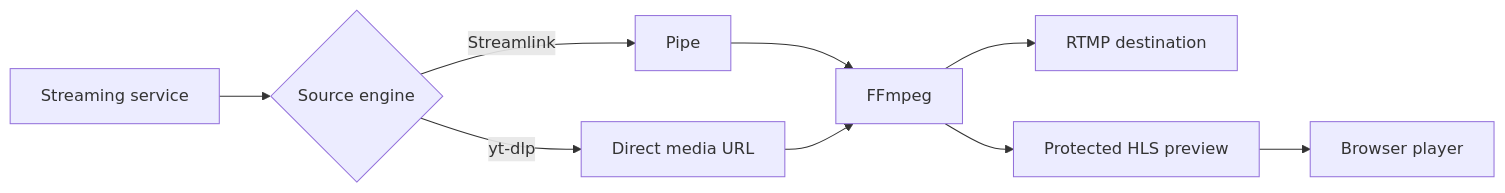
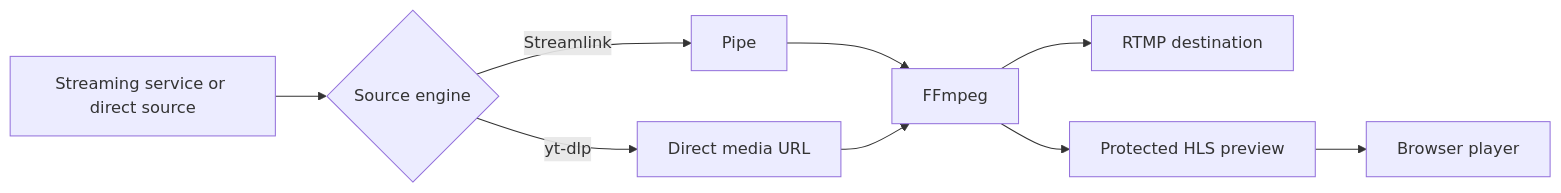
One commit to lazaryants/cricket-stream changed the diagram in README.md. Above: the diagram before and after it, drawn with Mermaid. The commit also changed other lines of this file and 5 other files, not shown here.

````diff
--- a/README.md
+++ b/README.md
@@ -31,11 +36,11 @@
 ```mermaid
 flowchart LR
-    A[Streaming service] --> B{Source engine}
+    A[Streaming service or direct source] --> B{Source engine}
     B -->|Streamlink| C[Pipe]
     B -->|yt-dlp| D[Direct media URL]
     C --> E[FFmpeg]
     D --> E
     E --> F[RTMP destination]
     E --> G[Protected HLS preview]
     G --> H[Browser player]
 ```
````
